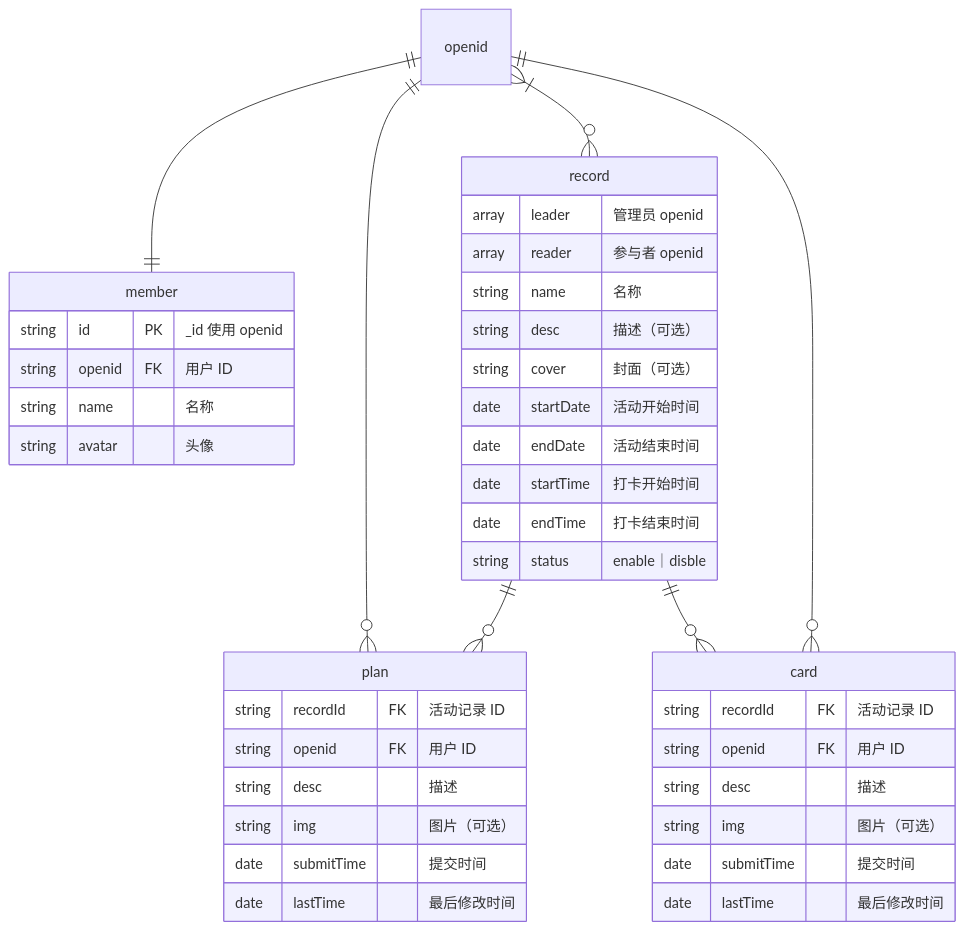
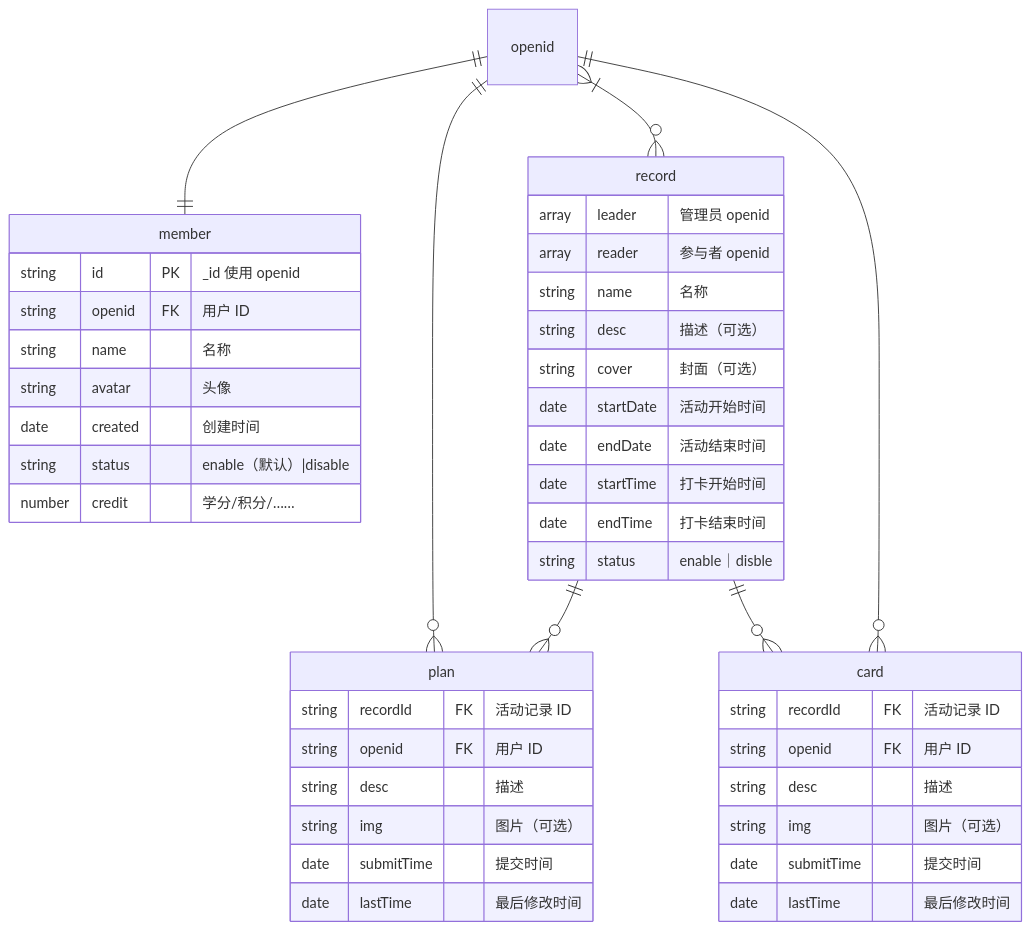
Before and after one commit to liang-n/juan-card: the diagram in doc/开发文档.md, drawn with Mermaid. The commit also changed 1 other file, not shown here.

Commit message:
完善member表字段

````diff
--- a/doc/开发文档.md
+++ b/doc/开发文档.md
@@ -24,44 +24,47 @@
 ```mermaid
 erDiagram
   openid ||--|| member : ""
   openid }|--o{ record : ""
   openid ||--o{ plan : ""
   record ||--o{ plan : ""
   record ||--o{ card : ""
   openid ||--o{ card : ""
 
   member {
     string id PK "_id 使用 openid"
     string openid FK "用户 ID"
     string name "名称"
     string avatar "头像"
+    date created "创建时间"
+    string status "enable（默认）|disable"
+    number credit "学分/积分/……"
   }
   record {
     array leader "管理员 openid"
     array reader "参与者 openid"
     string name "名称"
     string desc "描述（可选）"
     string cover "封面（可选）"
     date startDate "活动开始时间"
     date endDate "活动结束时间"
     date startTime "打卡开始时间"
     date endTime "打卡结束时间"
     string status "enable｜disble"
  }
   plan {
     string recordId FK "活动记录 ID"
     string openid FK "用户 ID"
     string desc "描述"
     string img "图片（可选）"
     date submitTime "提交时间"
     date lastTime "最后修改时间"
   }
   card {
     string recordId FK "活动记录 ID"
     string openid FK "用户 ID"
     string desc "描述"
     string img "图片（可选）"
     date submitTime "提交时间"
     date lastTime "最后修改时间"
   }
 ```
````
